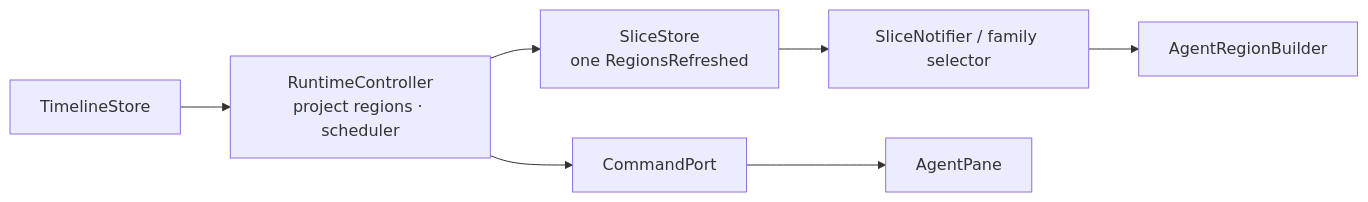
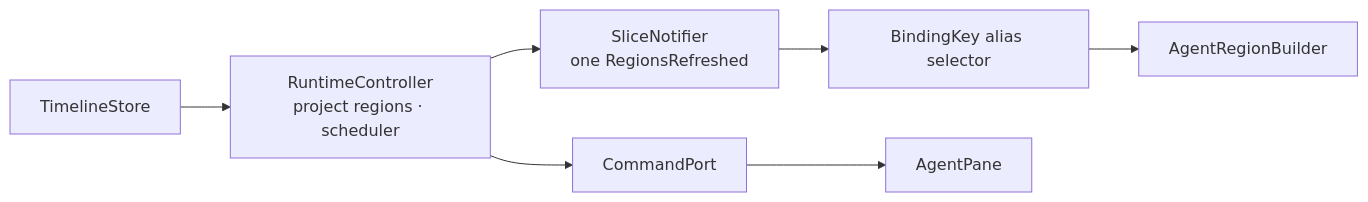
Before and after one commit to linpeilie/zeta: the third of 6 diagrams in docs/en/architecture/overview.md, drawn with Mermaid. The commit also changed other lines of this file and 71 other files, not shown here.

````diff
--- a/docs/en/architecture/overview.md
+++ b/docs/en/architecture/overview.md
@@ -118,9 +118,9 @@
 ```mermaid
 flowchart LR
     tl["TimelineStore"] --> rt["RuntimeController<br/>project regions · scheduler"]
-    rt --> sl["SliceStore<br/>one RegionsRefreshed"]
-    sl --> sel["SliceNotifier / family selector"]
+    rt --> sl["SliceNotifier<br/>one RegionsRefreshed"]
+    sl --> sel["BindingKey alias selector"]
     sel --> rb["AgentRegionBuilder"]
     rt --> cmd["CommandPort"]
     cmd --> pane["AgentPane"]
 ```
````
